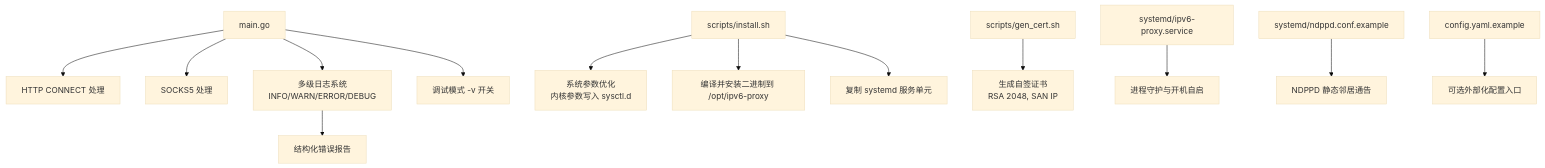
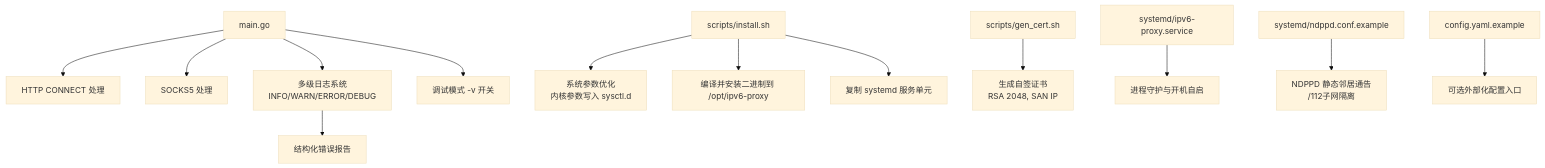
Before and after one commit to chuwang9964/ipv6-proxy-pool: the first of 4 diagrams in .qoder/repowiki/zh/content/部署运维.md, drawn with Mermaid (base theme). The commit also changed other lines of this file and 10 other files, not shown here.

````diff
--- a/.qoder/repowiki/zh/content/部署运维.md
+++ b/.qoder/repowiki/zh/content/部署运维.md
@@ -42,15 +43,15 @@
 ```mermaid
 graph TB
 A["main.go"] --> B["HTTP CONNECT 处理"]
 A --> C["SOCKS5 处理"]
 A --> D["多级日志系统<br/>INFO/WARN/ERROR/DEBUG"]
 A --> E["调试模式 -v 开关"]
 D --> F["结构化错误报告"]
 G["scripts/install.sh"] --> H["系统参数优化<br/>内核参数写入 sysctl.d"]
 G --> I["编译并安装二进制到 /opt/ipv6-proxy"]
 G --> J["复制 systemd 服务单元"]
 K["scripts/gen_cert.sh"] --> L["生成自签证书<br/>RSA 2048, SAN IP"]
 M["systemd/ipv6-proxy.service"] --> N["进程守护与开机自启"]
-O["systemd/ndppd.conf.example"] --> P["NDPPD 静态邻居通告"]
+O["systemd/ndppd.conf.example"] --> P["NDPPD 静态邻居通告<br/>/112子网隔离"]
 Q["config.yaml.example"] --> R["可选外部化配置入口"]
 ```
````
